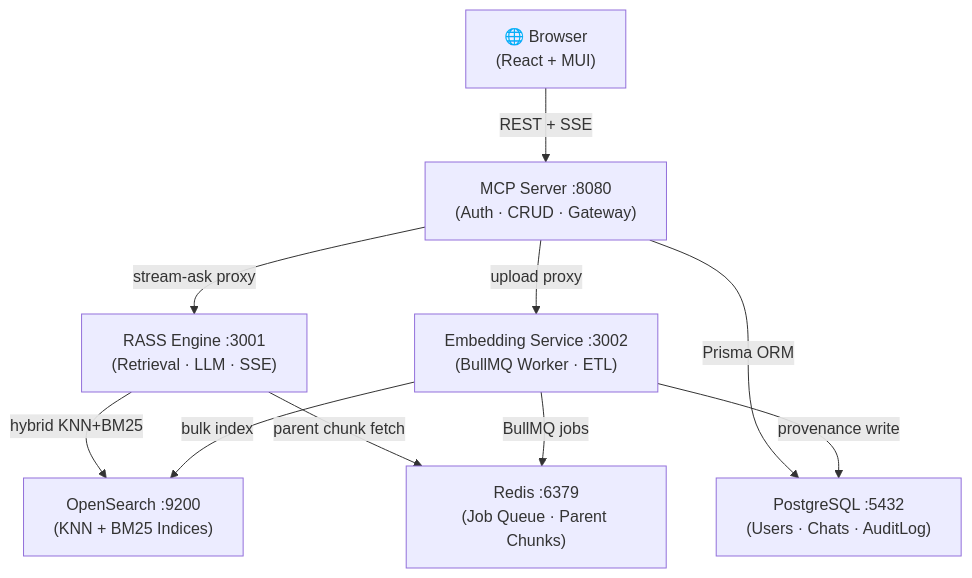
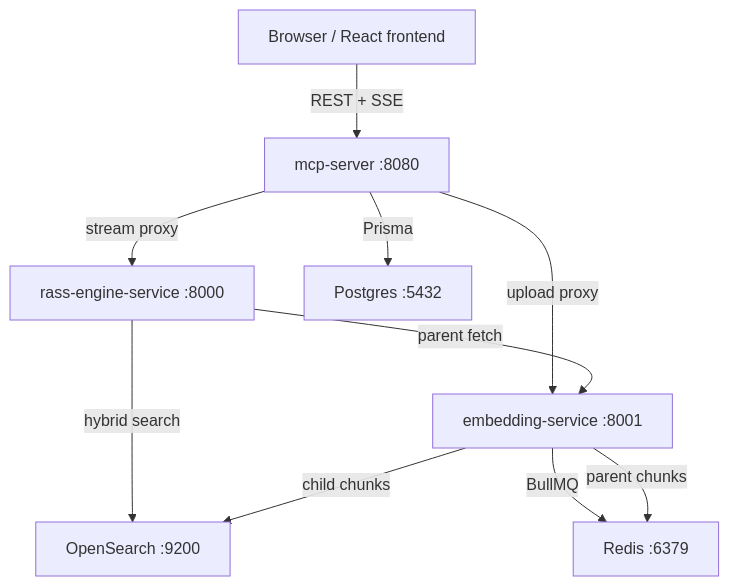
The diagram in README.md (Taleef7/enhanced-rass), drawn with Mermaid before and after one commit. The commit also changed other lines of this file and 16 other files, not shown here.

````diff
--- a/README.md
+++ b/README.md
@@ -31,20 +14,20 @@
 ```mermaid
 flowchart TD
-    Browser["🌐 Browser\n(React + MUI)"]
-    MCP["MCP Server :8080\n(Auth · CRUD · Gateway)"]
-    Engine["RASS Engine :3001\n(Retrieval · LLM · SSE)"]
-    Embed["Embedding Service :3002\n(BullMQ Worker · ETL)"]
-    OS["OpenSearch :9200\n(KNN + BM25 Indices)"]
-    Redis["Redis :6379\n(Job Queue · Parent Chunks)"]
-    PG["PostgreSQL :5432\n(Users · Chats · AuditLog)"]
+    Browser["Browser / React frontend"]
+    MCP["mcp-server :8080"]
+    Engine["rass-engine-service :8000"]
+    Embed["embedding-service :8001"]
+    OS["OpenSearch :9200"]
+    Redis["Redis :6379"]
+    PG["Postgres :5432"]
 
-    Browser -- "REST + SSE" --> MCP
-    MCP -- "stream-ask proxy" --> Engine
-    MCP -- "upload proxy" --> Embed
-    MCP -- "Prisma ORM" --> PG
-    Engine -- "hybrid KNN+BM25" --> OS
-    Engine -- "parent chunk fetch" --> Redis
-    Embed -- "BullMQ jobs" --> Redis
-    Embed -- "bulk index" --> OS
-    Embed -- "provenance write" --> PG
+    Browser -->|REST + SSE| MCP
+    MCP -->|stream proxy| Engine
+    MCP -->|upload proxy| Embed
+    MCP -->|Prisma| PG
+    Engine -->|hybrid search| OS
+    Engine -->|parent fetch| Embed
+    Embed -->|BullMQ| Redis
+    Embed -->|parent chunks| Redis
+    Embed -->|child chunks| OS
 ```
````
